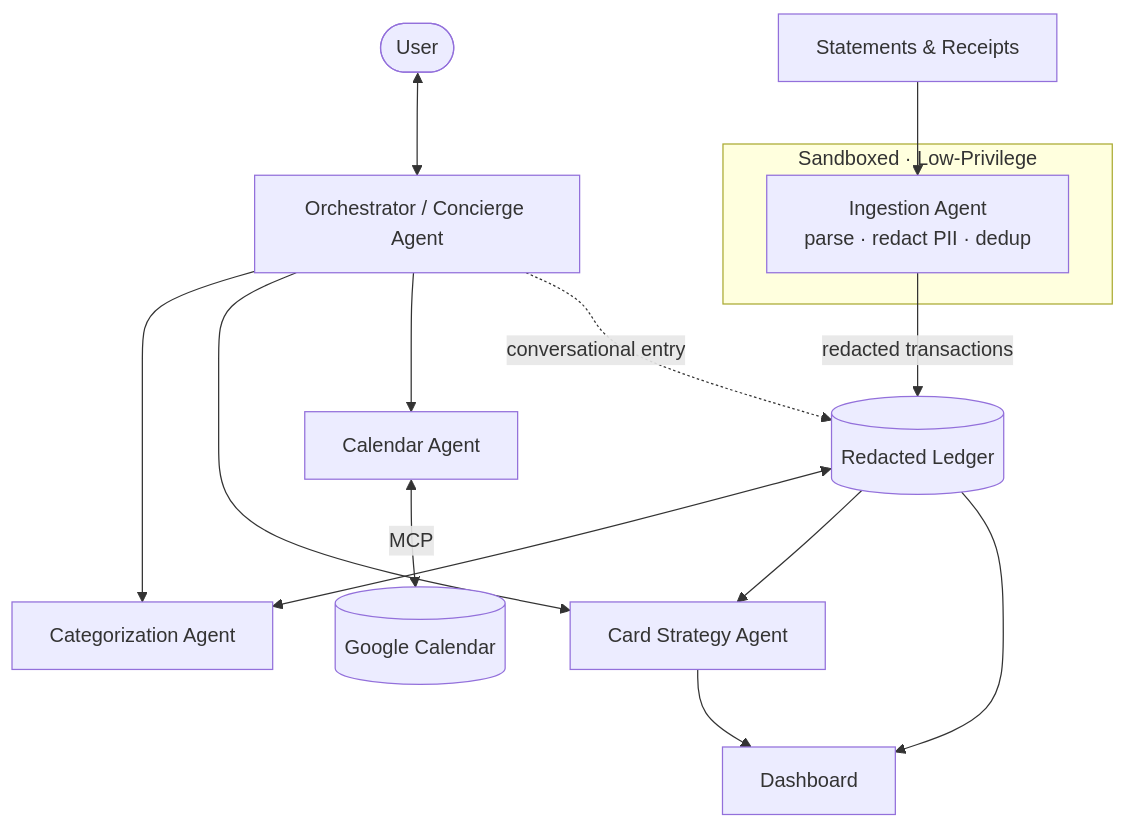
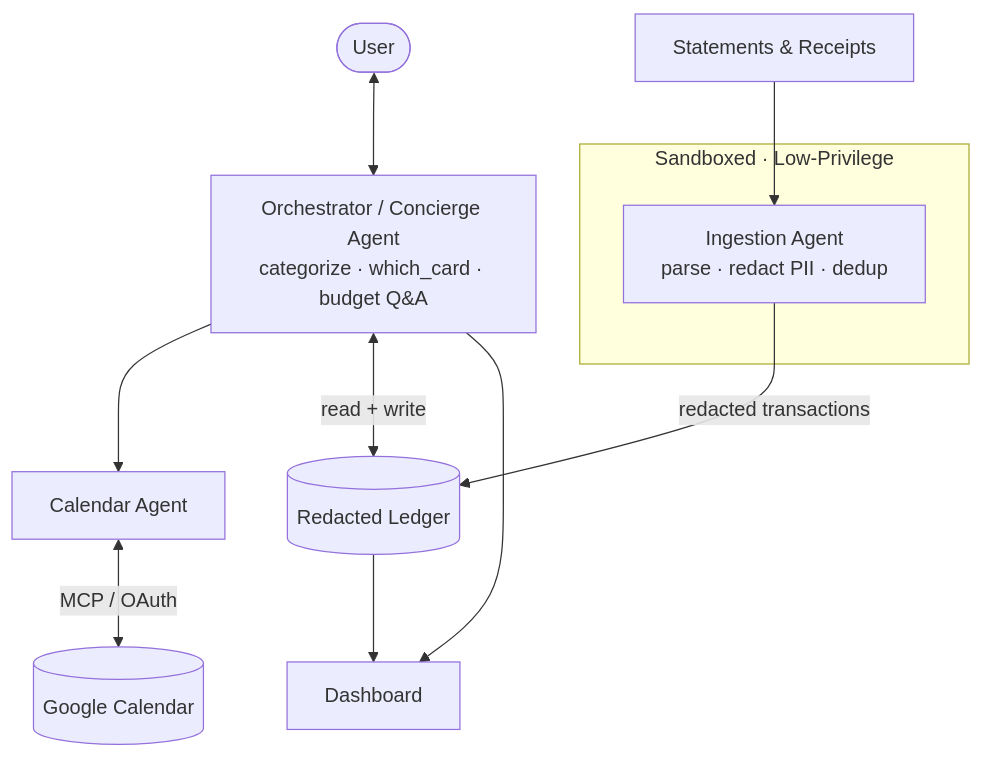
One commit to FireTasteSpicy/pocket-cfo changed the diagram in README.md. Above: the diagram before and after it, drawn with Mermaid. The commit also changed other lines of this file and 4 other files, not shown here.

````diff
--- a/README.md
+++ b/README.md
@@ -63,21 +63,17 @@
 ```mermaid
 flowchart TD
-    User([User]) <--> Orch[Orchestrator / Concierge Agent]
+    User([User]) <--> Orch[Orchestrator / Concierge Agent<br/>categorize · which_card · budget Q&A]
     Docs[Statements & Receipts]
 
     subgraph Sandbox["Sandboxed · Low-Privilege"]
         Ingest[Ingestion Agent<br/>parse · redact PII · dedup]
     end
 
     Docs --> Ingest
     Ingest -->|redacted transactions| Ledger[(Redacted Ledger)]
-    Orch --> Cat[Categorization Agent]
-    Orch --> Card[Card Strategy Agent]
     Orch --> Cal[Calendar Agent]
-    Orch -.conversational entry.-> Ledger
-    Ledger <--> Cat
-    Ledger --> Card
-    Cal <-->|MCP| GCal[(Google Calendar)]
-    Card --> Dash[Dashboard]
+    Orch <-->|read + write| Ledger
+    Cal <-->|MCP / OAuth| GCal[(Google Calendar)]
+    Orch --> Dash[Dashboard]
     Ledger --> Dash
 ```
````
